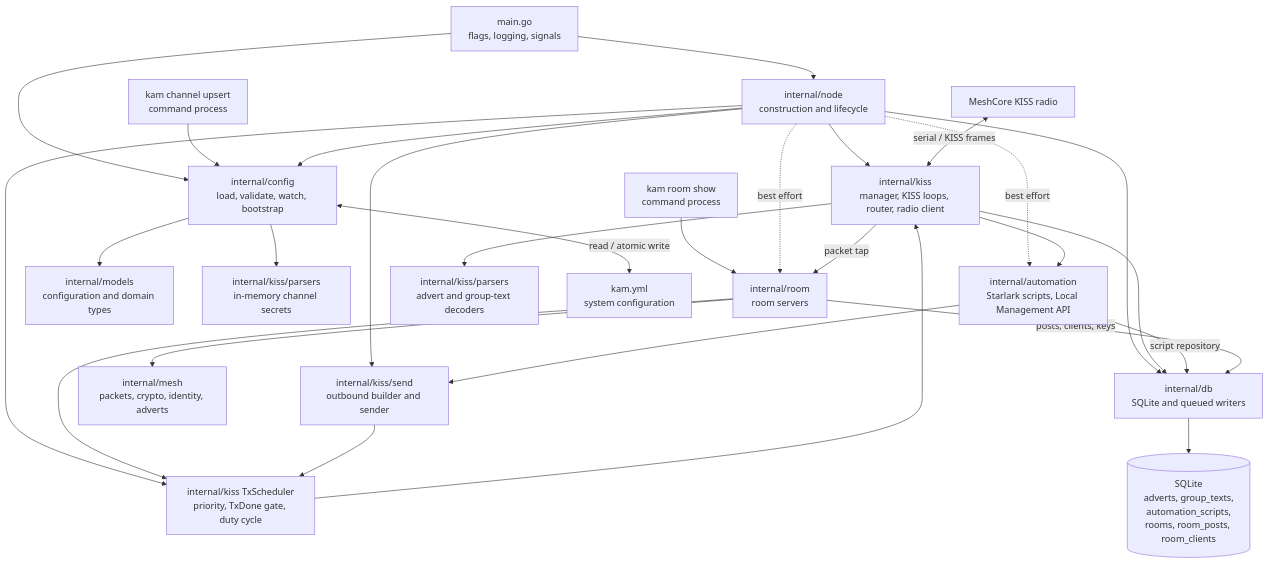
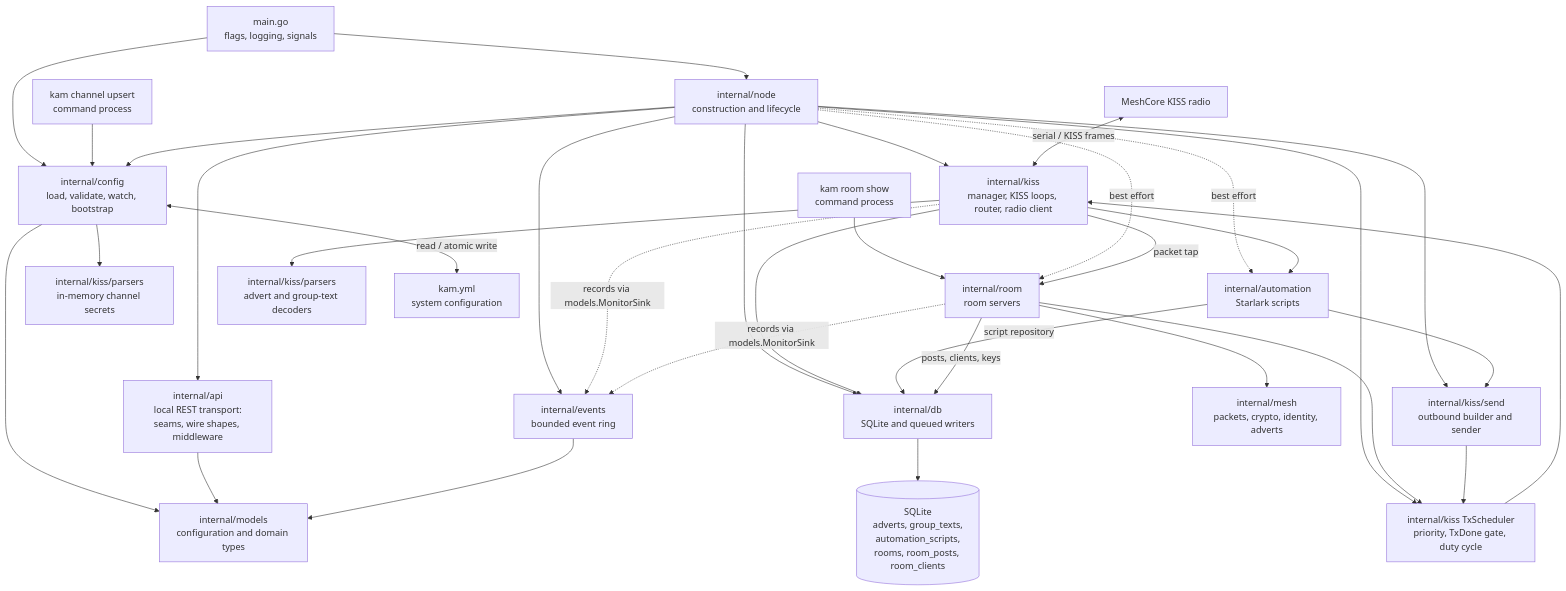
One commit to MauriceKremer/kam changed the first of 3 diagrams in docs/APP_STRUCTURE.md. Above: the diagram before and after it, drawn with Mermaid. The commit also changed other lines of this file and 11 other files, not shown here.

````diff
--- a/docs/APP_STRUCTURE.md
+++ b/docs/APP_STRUCTURE.md
@@ -7,33 +7,40 @@
 ```mermaid
 flowchart TD
     Main["main.go<br/>flags, logging, signals"] --> Node["internal/node<br/>construction and lifecycle"]
     Main --> Config["internal/config<br/>load, validate, watch, bootstrap"]
     CLI["kam channel upsert<br/>command process"] --> Config
     RoomCLI["kam room show<br/>command process"] --> Room
     Node --> Config
     Config --> Models["internal/models<br/>configuration and domain types"]
     Config --> TopicRegistry["internal/kiss/parsers<br/>in-memory channel secrets"]
 
     Node --> Manager["internal/kiss<br/>manager, KISS loops, router, radio client"]
     Node --> Persistence["internal/db<br/>SQLite and queued writers"]
     Node --> Sender["internal/kiss/send<br/>outbound builder and sender"]
     Node --> Scheduler["internal/kiss TxScheduler<br/>priority, TxDone gate, duty cycle"]
-    Node -. "best effort" .-> Automation["internal/automation<br/>Starlark scripts, Local Management API"]
+    Node -. "best effort" .-> Automation["internal/automation<br/>Starlark scripts"]
     Node -. "best effort" .-> Room["internal/room<br/>room servers"]
+
+    Node --> MonitorAPI["internal/api<br/>local REST transport:<br/>seams, wire shapes, middleware"]
+    MonitorAPI --> Models
+    Node --> Events["internal/events<br/>bounded event ring"]
+    Events --> Models
+    Manager -. "records via models.MonitorSink" .-> Events
+    Room -. "records via models.MonitorSink" .-> Events
 
     Manager --> Parsers["internal/kiss/parsers<br/>advert and group-text decoders"]
     Manager --> Persistence
     Manager --> Automation
     Manager -->|"packet tap"| Room
     Automation --> Sender
     Automation -->|"script repository"| Persistence
     Room -->|"posts, clients, keys"| Persistence
     Room --> Mesh["internal/mesh<br/>packets, crypto, identity, adverts"]
     Room --> Scheduler
     Sender --> Scheduler
     Scheduler --> Manager
 
     Radio["MeshCore KISS radio"] <-->|"serial / KISS frames"| Manager
     Persistence --> SQLite[("SQLite<br/>adverts, group_texts,<br/>automation_scripts,<br/>rooms, room_posts, room_clients")]
     Config <-->|"read / atomic write"| YAML["kam.yml<br/>system configuration"]
 ```
````
